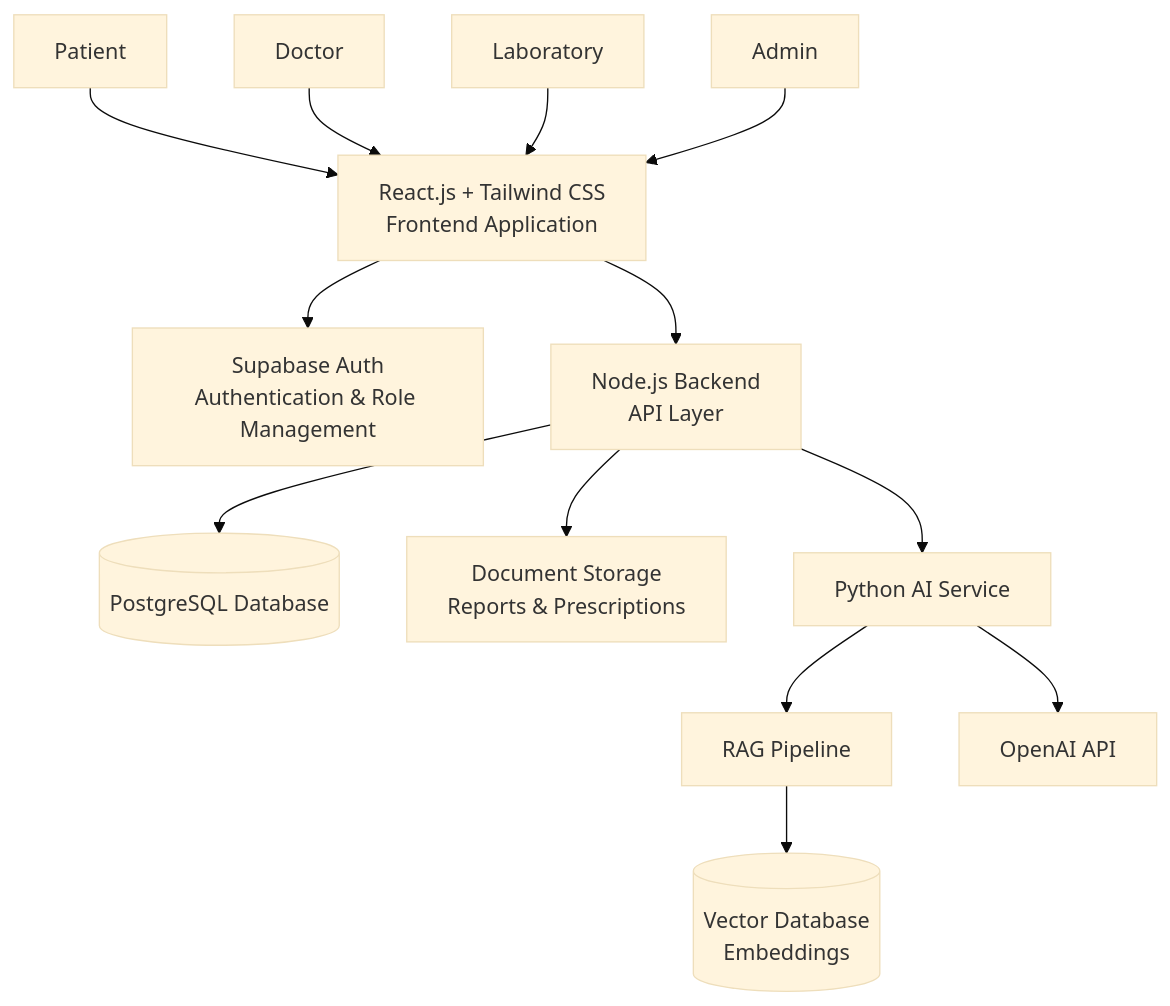
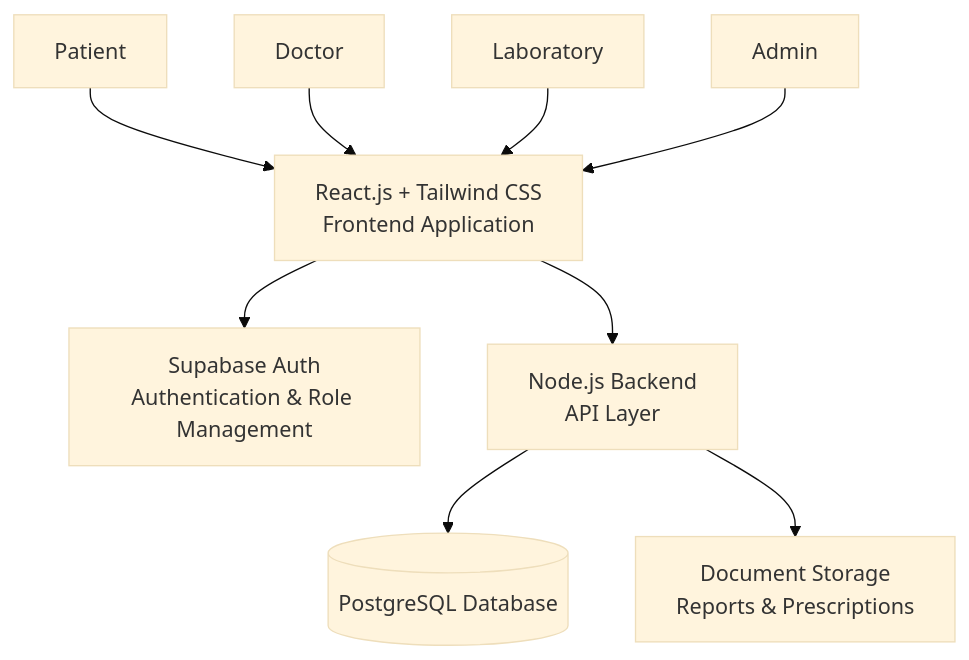
The first of 4 diagrams in README.md (rdsne-08/Dr.250), drawn with Mermaid (base theme) before and after one commit. The commit also changed other lines of this file and 39 other files, not shown here.

````diff
--- a/README.md
+++ b/README.md
@@ -63,31 +61,27 @@
 ```mermaid
 flowchart TB
 
     PATIENT[Patient]
     DOCTOR[Doctor]
     LAB[Laboratory]
     ADMIN[Admin]
 
     PATIENT --> FRONTEND
     DOCTOR --> FRONTEND
     LAB --> FRONTEND
     ADMIN --> FRONTEND
 
     FRONTEND[React.js + Tailwind CSS<br/>Frontend Application]
 
     FRONTEND --> AUTH[Supabase Auth<br/>Authentication & Role Management]
 
     FRONTEND --> BACKEND[Node.js Backend<br/>API Layer]
 
     BACKEND --> DATABASE[(PostgreSQL Database)]
 
     BACKEND --> STORAGE[Document Storage<br/>Reports & Prescriptions]
 
-    BACKEND --> AI[Python AI Service]
 
-    AI --> RAG[RAG Pipeline]
 
-    RAG --> VECTOR[(Vector Database<br/>Embeddings)]
 
-    AI --> LLM[OpenAI API]
 ```
````
